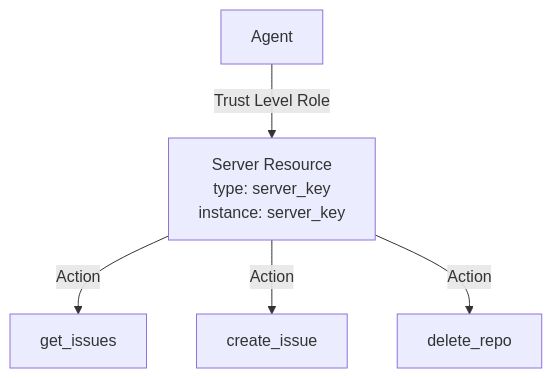
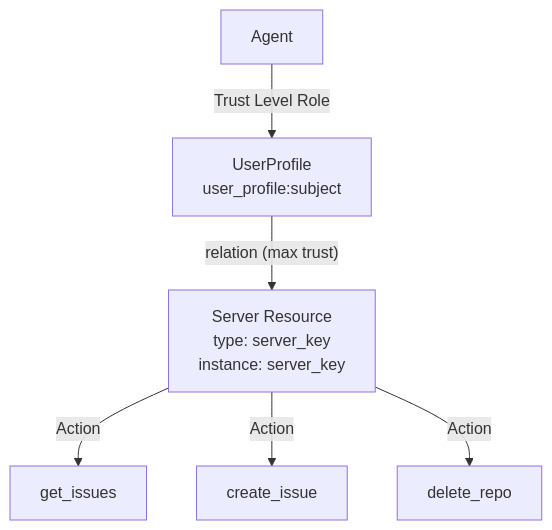
One commit to permitio/docs changed the second of 4 diagrams in docs/ai-security/mcp-permissions/architecture.mdx. Above: the diagram before and after it, drawn with Mermaid. The commit also changed other lines of this file and 2 other files, not shown here.

First line of the commit message:
Fix JWT issuer attribution, ReBAC diagram accuracy, and consent flow    language consistency

````diff
--- a/docs/ai-security/mcp-permissions/architecture.mdx
+++ b/docs/ai-security/mcp-permissions/architecture.mdx
@@ -104,7 +108,8 @@
 ```mermaid
 graph TD
-    A[Agent] --Trust Level Role--> S[Server Resource<br/>type: server_key<br/>instance: server_key]
+    A[Agent] --Trust Level Role--> UP[UserProfile<br/>user_profile:subject]
+    UP --"relation (max trust)"--> S[Server Resource<br/>type: server_key<br/>instance: server_key]
     S --Action--> F1[get_issues]
     S --Action--> F2[create_issue]
     S --Action--> F3[delete_repo]
 ```
````
